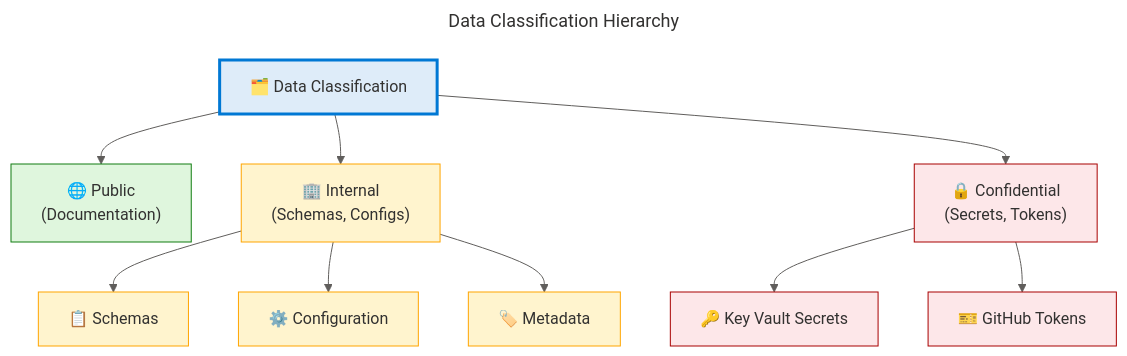
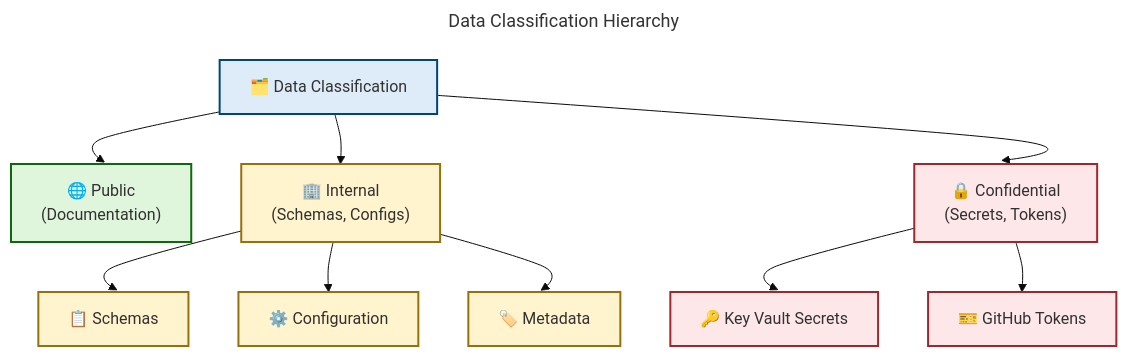
Before and after one commit to Evilazaro/DevExp-DevBox: the second of 6 diagrams in docs/architecture/Data-Architecture.md, drawn with Mermaid. The commit also changed other lines of this file and 1 other file, not shown here.

Commit message:
fix: enhance clarity and detail in Business and Data Architecture documentation

````diff
--- a/docs/architecture/Data-Architecture.md
+++ b/docs/architecture/Data-Architecture.md
@@ -192,49 +224,71 @@
 ```mermaid
 ---
 title: Data Classification Hierarchy
 config:
   theme: base
   themeVariables:
-    primaryColor: "#DEECF9"
-    primaryTextColor: "#323130"
-    primaryBorderColor: "#0078D4"
-    lineColor: "#605E5C"
+    fontSize: '16px'
+  flowchart:
+    htmlLabels: false
+    curve: cardinal
+    nodeSpacing: 50
+    rankSpacing: 50
 ---
 flowchart TD
     accTitle: Data Classification Taxonomy
-    accDescr: Shows data classification levels from Public to Confidential
+    accDescr: Hierarchical diagram showing data classification levels from root through Public, Internal, and Confidential categories with subcategories for schemas, configuration, secrets, and tokens
 
-    ROOT["🗂️ Data Classification"]
-    style ROOT fill:#DEECF9,stroke:#0078D4,stroke-width:3px
+    %% ═══════════════════════════════════════════════════════════════════════════
+    %% AZURE / FLUENT ARCHITECTURE PATTERN v1.1
+    %% (Semantic + Structural + Font + Accessibility Governance)
+    %% ═══════════════════════════════════════════════════════════════════════════
+    %% PHASE 1 - STRUCTURAL: TD direction explicit, hierarchical tree, no subgraphs
+    %% PHASE 2 - SEMANTIC: 3 semantic colors with data classification justification:
+    %%   successGreen (#DFF6DD) = Public data (low risk, open access)
+    %%   sharedYellow (#FFF4CE) = Internal data (moderate protection)
+    %%   errorRed (#FDE7E9) = Confidential data (high protection, restricted)
+    %% PHASE 3 - FONT: Dark text #323130 on light backgrounds (WCAG AA 4.5:1 contrast)
+    %% PHASE 4 - ACCESSIBILITY: accTitle/accDescr present, all nodes have emoji icons
+    %% PHASE 5 - STANDARD: Semantic colors represent data classification levels
+    %% ═══════════════════════════════════════════════════════════════════════════
 
-    PUBLIC["🌐 Public<br/>(Documentation)"]
-    INTERNAL["🏢 Internal<br/>(Schemas, Configs)"]
-    CONFIDENTIAL["🔒 Confidential<br/>(Secrets, Tokens)"]
+    ROOT["🗂️ Data Classification"]:::azureBlue
+
+    PUBLIC["🌐 Public<br/>(Documentation)"]:::successGreen
+    INTERNAL["🏢 Internal<br/>(Schemas, Configs)"]:::sharedYellow
+    CONFIDENTIAL["🔒 Confidential<br/>(Secrets, Tokens)"]:::errorRed
 
     ROOT --> PUBLIC
     ROOT --> INTERNAL
     ROOT --> CONFIDENTIAL
 
-    INTERNAL_1["📋 Schemas"]
-    INTERNAL_2["⚙️ Configuration"]
-    INTERNAL_3["🏷️ Metadata"]
+    INTERNAL_1["📋 Schemas"]:::sharedYellow
+    INTERNAL_2["⚙️ Configuration"]:::sharedYellow
+    INTERNAL_3["🏷️ Metadata"]:::sharedYellow
 
-    CONF_1["🔑 Key Vault Secrets"]
-    CONF_2["🎫 GitHub Tokens"]
+    CONF_1["🔑 Key Vault Secrets"]:::errorRed
+    CONF_2["🎫 GitHub Tokens"]:::errorRed
 
     INTERNAL --> INTERNAL_1
     INTERNAL --> INTERNAL_2
     INTERNAL --> INTERNAL_3
 
     CONFIDENTIAL --> CONF_1
     CONFIDENTIAL --> CONF_2
 
-    style PUBLIC fill:#DFF6DD,stroke:#107C10
-    style INTERNAL fill:#FFF4CE,stroke:#FFA500
-    style CONFIDENTIAL fill:#FDE7E9,stroke:#A80000
-    style INTERNAL_1 fill:#FFF4CE,stroke:#FFA500
-    style INTERNAL_2 fill:#FFF4CE,stroke:#FFA500
-    style INTERNAL_3 fill:#FFF4CE,stroke:#FFA500
-    style CONF_1 fill:#FDE7E9,stroke:#A80000
-    style CONF_2 fill:#FDE7E9,stroke:#A80000
+    %% Required classDef palette (ALL 14 - MANDATORY per MRM-D002)
+    classDef level1Group fill:#FFFFFF,stroke:#605E5C,stroke-width:3px,color:#323130
+    classDef level2Group fill:#F3F2F1,stroke:#605E5C,stroke-width:2px,color:#323130
+    classDef level3Group fill:#E1DFDD,stroke:#605E5C,stroke-width:2px,color:#323130
+    classDef level4Group fill:#D2D0CE,stroke:#605E5C,stroke-width:1px,color:#323130
+    classDef mainGroup fill:#FFFFFF,stroke:#605E5C,stroke-width:3px,color:#323130
+    classDef subGroup fill:#F3F2F1,stroke:#605E5C,stroke-width:2px,color:#323130
+    classDef azureBlue fill:#DEECF9,stroke:#004578,stroke-width:2px,color:#323130
+    classDef successGreen fill:#DFF6DD,stroke:#0B6A0B,stroke-width:2px,color:#323130
+    classDef errorRed fill:#FDE7E9,stroke:#A4262C,stroke-width:2px,color:#323130
+    classDef sharedYellow fill:#FFF4CE,stroke:#986F0B,stroke-width:2px,color:#323130
+    classDef warningOrange fill:#FDE7E9,stroke:#8A3707,stroke-width:2px,color:#323130
+    classDef neutralPurple fill:#E1DFDD,stroke:#5B5FC7,stroke-width:2px,color:#323130
+    classDef presenceTeal fill:#C8F0E7,stroke:#00666B,stroke-width:2px,color:#323130
+    classDef neutralGrey fill:#F3F2F1,stroke:#605E5C,stroke-width:2px,color:#323130
 ```
````
